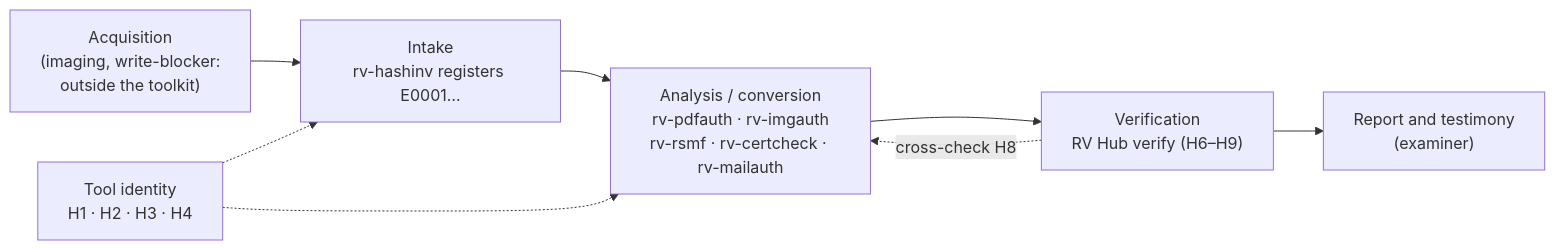
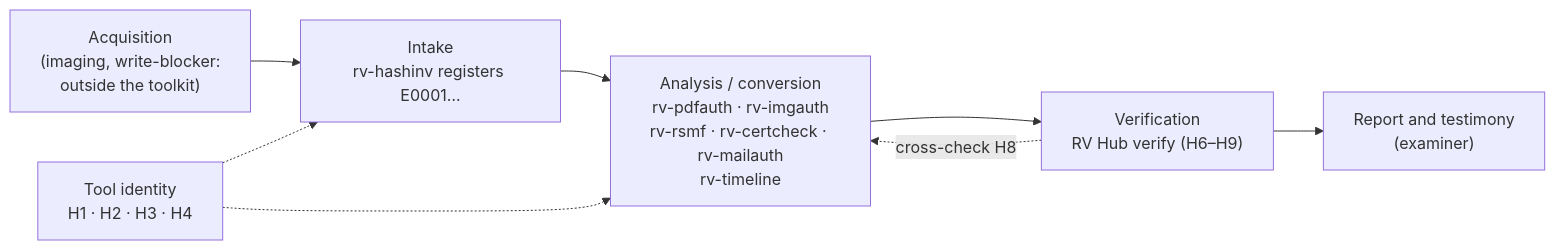
Before and after one commit to Panacota96/rv-hub: the diagram in docs/admissibility.md, drawn with Mermaid. The commit also changed other lines of this file and 10 other files, not shown here.

First line of the commit message:
docs: RV Timeline as the seventh known tool, the timeline suggestion rule, screenshots

````diff
--- a/docs/admissibility.md
+++ b/docs/admissibility.md
@@ -83,10 +83,10 @@
 ```mermaid
 flowchart LR
     A["Acquisition<br/>(imaging, write-blocker:<br/>outside the toolkit)"] --> B["Intake<br/>rv-hashinv registers E0001…"]
-    B --> C["Analysis / conversion<br/>rv-pdfauth · rv-imgauth<br/>rv-rsmf · rv-certcheck · rv-mailauth"]
+    B --> C["Analysis / conversion<br/>rv-pdfauth · rv-imgauth<br/>rv-rsmf · rv-certcheck · rv-mailauth<br/>rv-timeline"]
     C --> D["Verification<br/>RV Hub verify (H6–H9)"]
     D --> E["Report and testimony<br/>(examiner)"]
     T["Tool identity<br/>H1 · H2 · H3 · H4"] -.-> B
     T -.-> C
     D -. "cross-check H8" .-> C
 ```
````
